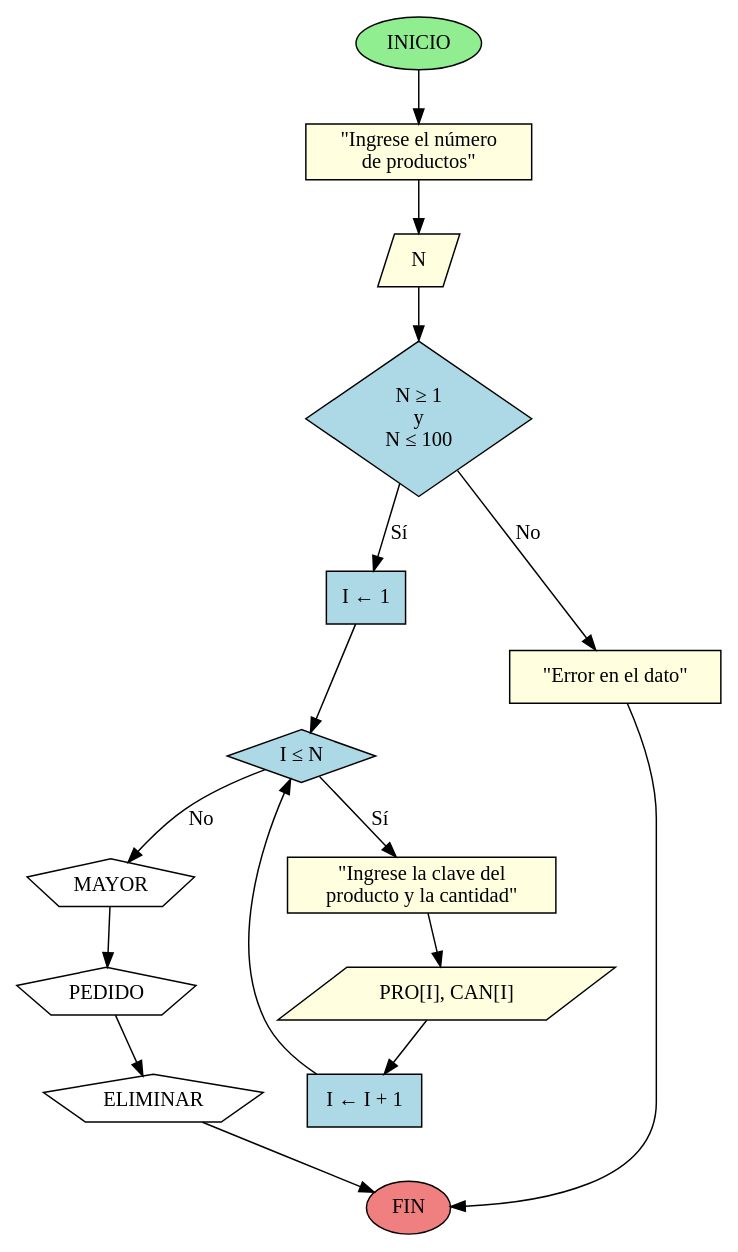
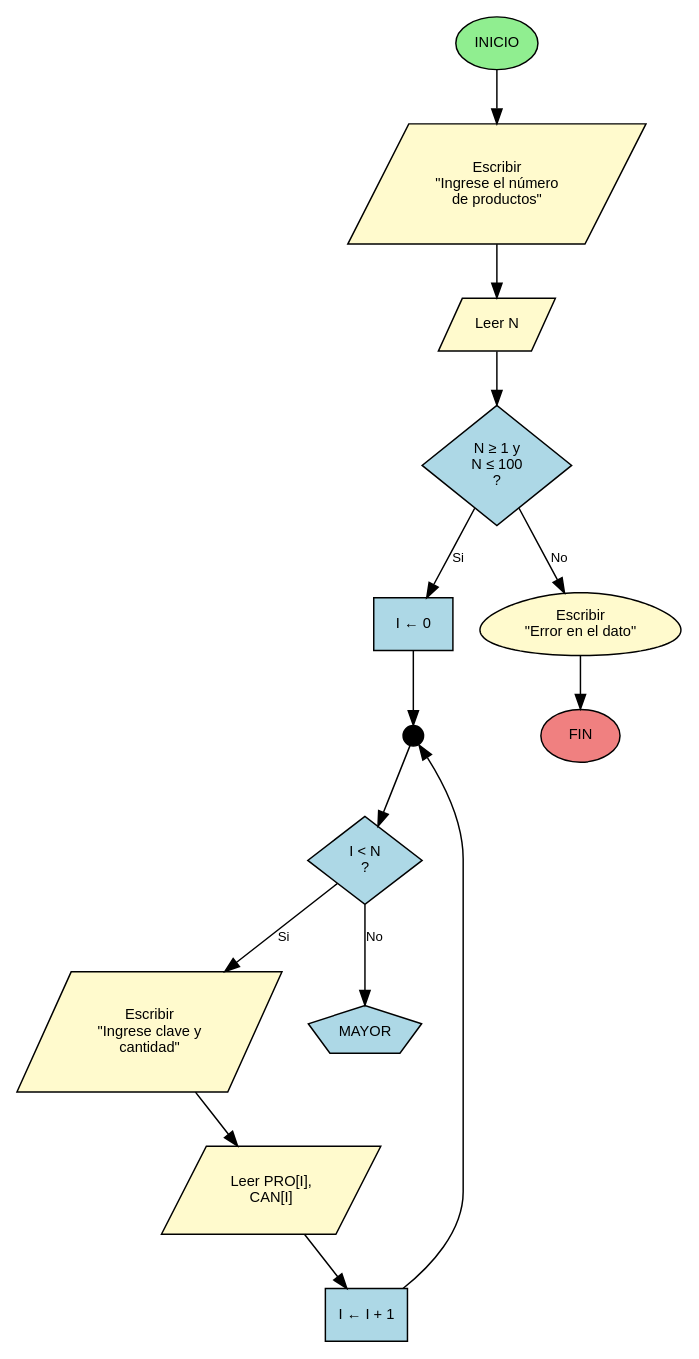
One commit to D1egoXD/JAVA-TICS changed the diagram in diagramas/problema_4_22_parte_a.dot. Above: the diagram before and after it, drawn with Graphviz. The commit also changed 4 other files, not shown here.

Commit message:
Actualizar problema 4.22 - Gestión de inventario según estructura del código

```diff
--- a/diagramas/problema_4_22_parte_a.dot
+++ b/diagramas/problema_4_22_parte_a.dot
@@ -1,37 +1,35 @@
-digraph problema_4_22_parte_a {
+digraph Inventario_Parte_A {
     rankdir=TB;
-    node [shape=box, style=filled];
+    node [shape=box, style=filled, fontname="Arial", fontsize=10];
+    edge [fontname="Arial", fontsize=9];
 
     // Nodos
-    inicio [label="INICIO", shape=oval, fillcolor=lightgreen];
-    mensaje1 [label="\"Ingrese el número\nde productos\"", fillcolor=lightyellow];
-    input_n [label="N", shape=parallelogram, fillcolor=lightyellow];
-    validacion [label="N ≥ 1\ny\nN ≤ 100", shape=diamond, fillcolor=lightblue];
-    asignar_i [label="I ← 1", fillcolor=lightblue];
-    ciclo [label="I ≤ N", shape=diamond, fillcolor=lightblue];
-    mensaje2 [label="\"Ingrese la clave del\nproducto y la cantidad\"", fillcolor=lightyellow];
-    input_datos [label="PRO[I], CAN[I]", shape=parallelogram, fillcolor=lightyellow];
-    incremento [label="I ← I + 1", fillcolor=lightblue];
-    error [label="\"Error en el dato\"", fillcolor=lightyellow];
-    conector_mayor [label="MAYOR", shape=pentagon, fillcolor=white];
-    conector_pedido [label="PEDIDO", shape=pentagon, fillcolor=white];
-    conector_eliminar [label="ELIMINAR", shape=pentagon, fillcolor=white];
-    fin [label="FIN", shape=oval, fillcolor=lightcoral];
+    inicio [label="INICIO", shape=oval, fillcolor="#90EE90", color=black, fontcolor=black];
+    msgN [label="Escribir\n\"Ingrese el número\nde productos\"", shape=parallelogram, fillcolor="#FFFACD", color=black, fontcolor=black];
+    leerN [label="Leer N", shape=parallelogram, fillcolor="#FFFACD", color=black, fontcolor=black];
+    validacion [label="N ≥ 1 y\nN ≤ 100\n?", shape=diamond, fillcolor="#ADD8E6", color=black, fontcolor=black];
+    initI [label="I ← 0", shape=box, fillcolor="#ADD8E6", color=black, fontcolor=black];
+    converge1 [label="", shape=circle, width=0.2, height=0.2, fillcolor=black, color=black];
+    ciclo [label="I < N\n?", shape=diamond, fillcolor="#ADD8E6", color=black, fontcolor=black];
+    msgDatos [label="Escribir\n\"Ingrese clave y\ncantidad\"", shape=parallelogram, fillcolor="#FFFACD", color=black, fontcolor=black];
+    leerDatos [label="Leer PRO[I],\nCAN[I]", shape=parallelogram, fillcolor="#FFFACD", color=black, fontcolor=black];
+    incremento [label="I ← I + 1", shape=box, fillcolor="#ADD8E6", color=black, fontcolor=black];
+    msgError [label="Escribir\n\"Error en el dato\"", shape=egg, fillcolor="#FFFACD", color=black, fontcolor=black];
+    conectorMayor [label="MAYOR", shape=pentagon, fillcolor="#ADD8E6", color=black, fontcolor=black];
+    fin [label="FIN", shape=oval, fillcolor="#F08080", color=black, fontcolor=black];
 
     // Conexiones
-    inicio -> mensaje1;
-    mensaje1 -> input_n;
-    input_n -> validacion;
-    validacion -> asignar_i [label="Sí"];
-    validacion -> error [label="No"];
-    asignar_i -> ciclo;
-    ciclo -> mensaje2 [label="Sí"];
-    ciclo -> conector_mayor [label="No"];
-    mensaje2 -> input_datos;
-    input_datos -> incremento;
-    incremento -> ciclo;
-    conector_mayor -> conector_pedido;
-    conector_pedido -> conector_eliminar;
-    error -> fin;
-    conector_eliminar -> fin;
+    inicio -> msgN;
+    msgN -> leerN;
+    leerN -> validacion;
+    validacion -> initI [label="Si"];
+    validacion -> msgError [label="No"];
+    initI -> converge1;
+    converge1 -> ciclo;
+    ciclo -> msgDatos [label="Si"];
+    ciclo -> conectorMayor [label="No"];
+    msgDatos -> leerDatos;
+    leerDatos -> incremento;
+    incremento -> converge1;
+    msgError -> fin;
 }
```
